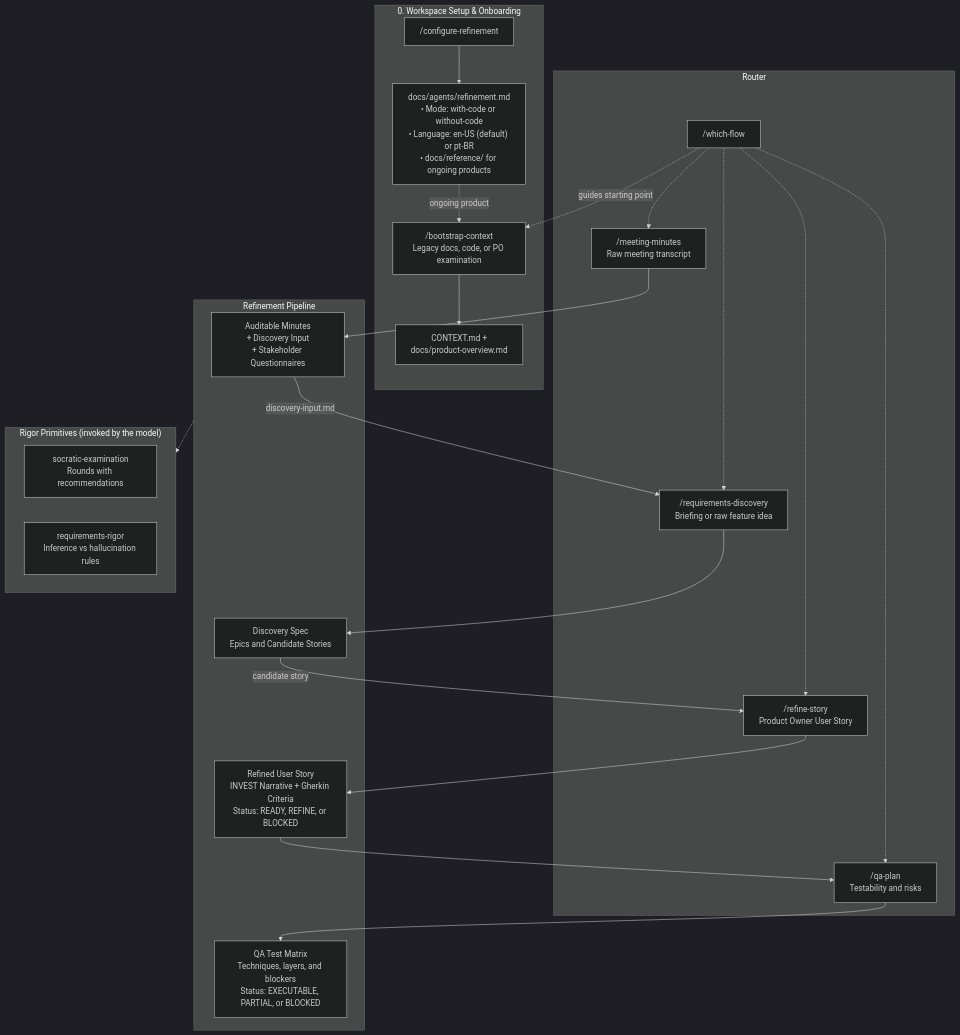
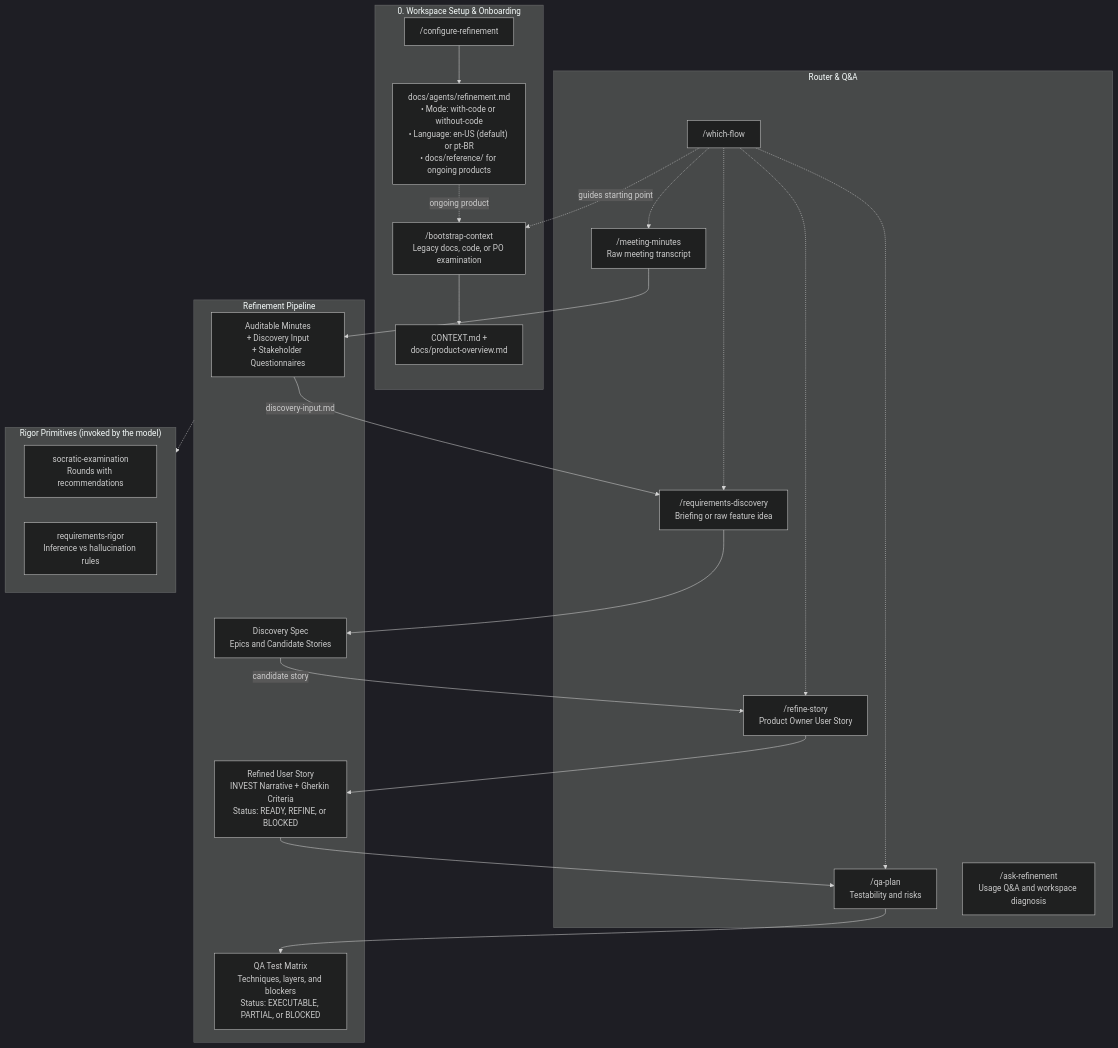
The diagram in README.md (RafaelFerSilva/refinement-agent-skills), drawn with Mermaid (dark theme) before and after one commit. The commit also changed other lines of this file and 18 other files, not shown here.

Commit message:
feat: add /ask-refinement Q&A and workspace diagnostic skill

````diff
--- a/README.md
+++ b/README.md
@@ -19,33 +19,34 @@
 ```mermaid
 flowchart TD
     subgraph Setup["0. Workspace Setup & Onboarding"]
         CFG["/configure-refinement"] --> CFG_OUT["docs/agents/refinement.md<br/>• Mode: with-code or without-code<br/>• Language: en-US (default) or pt-BR<br/>• docs/reference/ for ongoing products"]
         CFG_OUT -.->|"ongoing product"| BOOT["/bootstrap-context<br/>Legacy docs, code, or PO examination"]
         BOOT --> BOOT_OUT["CONTEXT.md +<br/>docs/product-overview.md"]
     end
 
-    subgraph Router["Router"]
+    subgraph Router["Router & Q&A"]
         QF["/which-flow"] -.->|"guides starting point"| BOOT
         QF -.-> ATA
         QF -.-> DISC
         QF -.-> REF
         QF -.-> QA
+        ASK["/ask-refinement<br/>Usage Q&A and workspace diagnosis"]
     end
 
     subgraph Pipeline["Refinement Pipeline"]
         ATA["/meeting-minutes<br/>Raw meeting transcript"] --> ATA_OUT["Auditable Minutes<br/>+ Discovery Input<br/>+ Stakeholder Questionnaires"]
         ATA_OUT -->|"discovery-input.md"| DISC["/requirements-discovery<br/>Briefing or raw feature idea"]
         DISC --> DISC_OUT["Discovery Spec<br/>Epics and Candidate Stories"]
         DISC_OUT -->|"candidate story"| REF["/refine-story<br/>Product Owner User Story"]
         REF --> REF_OUT["Refined User Story<br/>INVEST Narrative + Gherkin Criteria<br/>Status: READY, REFINE, or BLOCKED"]
         REF_OUT --> QA["/qa-plan<br/>Testability and risks"]
         QA --> QA_OUT["QA Test Matrix<br/>Techniques, layers, and blockers<br/>Status: EXECUTABLE, PARTIAL, or BLOCKED"]
     end
 
     subgraph Core["Rigor Primitives (invoked by the model)"]
         SAB["socratic-examination<br/>Rounds with recommendations"]
         RIG["requirements-rigor<br/>Inference vs hallucination rules"]
     end
 
     Pipeline -.-> Core
 ```
````
